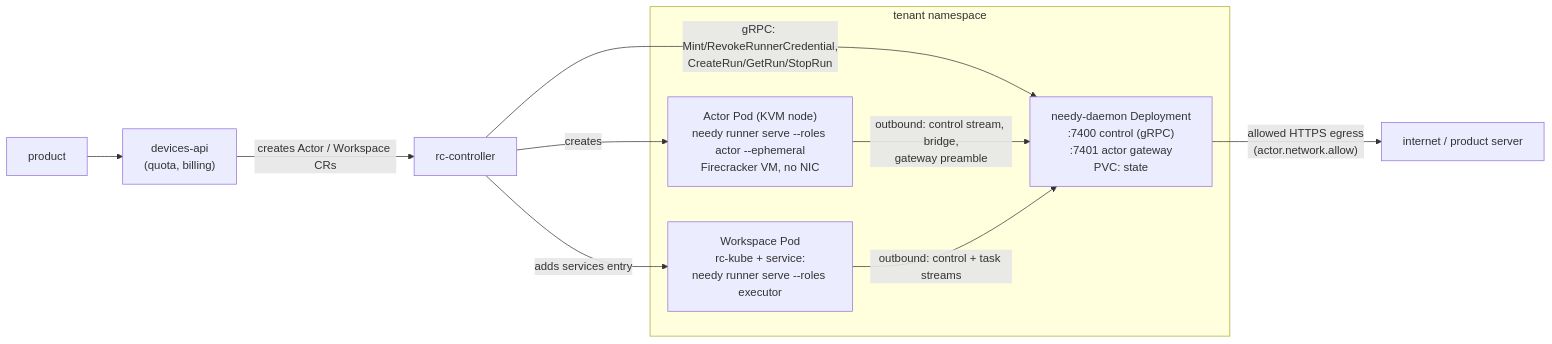
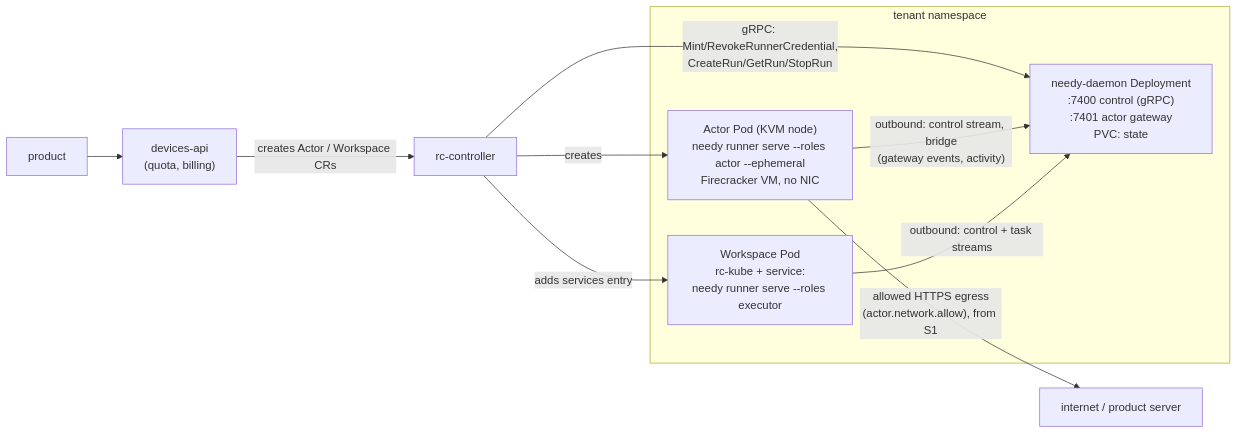
The first of 2 diagrams in docs/ai/references/architecture/2026-11-26-rc-integration-guide.md (needy-dev/needy), drawn with Mermaid before and after one commit. The commit also changed other lines of this file and 21 other files, not shown here.

````diff
--- a/docs/ai/references/architecture/2026-11-26-rc-integration-guide.md
+++ b/docs/ai/references/architecture/2026-11-26-rc-integration-guide.md
@@ -45,16 +45,16 @@
 ```mermaid
 flowchart LR
   LC["product"] --> DA["devices-api\n(quota, billing)"]
   DA -->|"creates Actor / Workspace CRs"| RC["rc-controller"]
   subgraph NS["tenant namespace"]
     D["needy-daemon Deployment\n:7400 control (gRPC)\n:7401 actor gateway\nPVC: state"]
     AP["Actor Pod (KVM node)\nneedy runner serve --roles actor --ephemeral\nFirecracker VM, no NIC"]
     WS["Workspace Pod\nrc-kube + service:\nneedy runner serve --roles executor"]
   end
   RC -->|"gRPC: Mint/RevokeRunnerCredential,\nCreateRun/GetRun/StopRun"| D
   RC -->|"creates"| AP
   RC -->|"adds services entry"| WS
-  AP -->|"outbound: control stream, bridge,\ngateway preamble"| D
+  AP -->|"outbound: control stream, bridge\n(gateway events, activity)"| D
   WS -->|"outbound: control + task streams"| D
-  D -->|"allowed HTTPS egress\n(actor.network.allow)"| NET["internet / product server"]
+  AP -->|"allowed HTTPS egress\n(actor.network.allow), from S1"| NET["internet / product server"]
 ```
````
